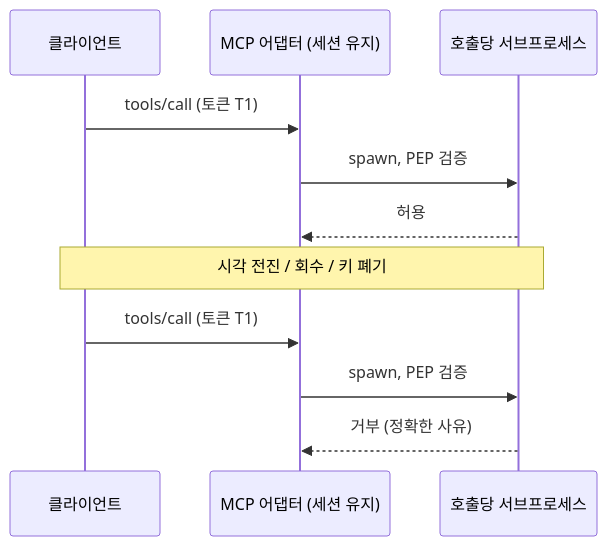
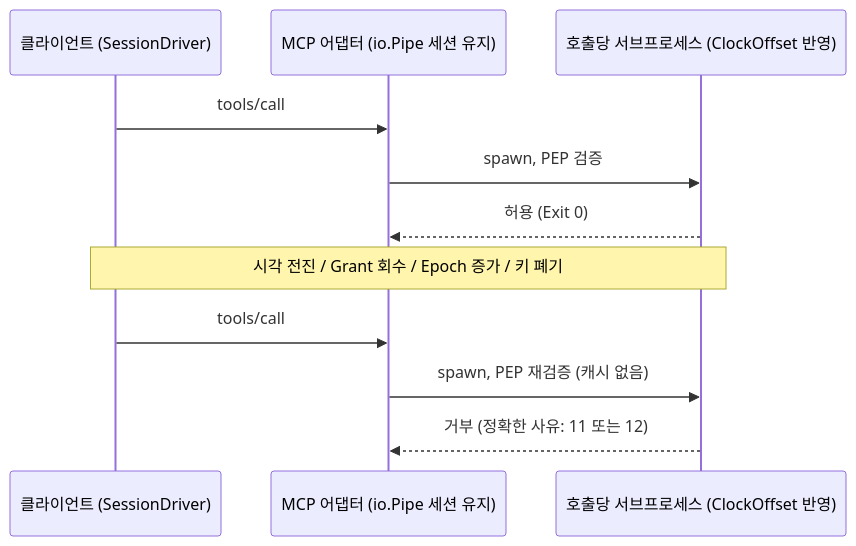
The diagram in docs/로드맵/13-장기-실행-및-토큰-수명-검증/ROADMAP.md (RadiantCitron/authz-harness), drawn with Mermaid before and after one commit. The commit also changed other lines of this file and 4 other files, not shown here.

Commit message:
docs(roadmap-13): 실제 코드 대조 기반 010~050 지시서 및 설계 5대 정합성 함정 보강

````diff
--- a/docs/로드맵/13-장기-실행-및-토큰-수명-검증/ROADMAP.md
+++ b/docs/로드맵/13-장기-실행-및-토큰-수명-검증/ROADMAP.md
@@ -18,13 +18,13 @@
 ```mermaid
 sequenceDiagram
-  participant C as 클라이언트
-  participant M as MCP 어댑터 (세션 유지)
-  participant W as 호출당 서브프로세스
-  C->>M: tools/call (토큰 T1)
+  participant C as 클라이언트 (SessionDriver)
+  participant M as MCP 어댑터 (io.Pipe 세션 유지)
+  participant W as 호출당 서브프로세스 (ClockOffset 반영)
+  C->>M: tools/call #1 (세션 토큰 T1)
   M->>W: spawn, PEP 검증
-  W-->>M: 허용
-  Note over C,W: 시각 전진 / 회수 / 키 폐기
-  C->>M: tools/call (토큰 T1)
-  M->>W: spawn, PEP 검증
-  W-->>M: 거부 (정확한 사유)
+  W-->>M: 허용 (Exit 0)
+  Note over C,W: 시각 전진 / Grant 회수 / Epoch 증가 / 키 폐기
+  C->>M: tools/call #2 (세션 토큰 T1)
+  M->>W: spawn, PEP 재검증 (캐시 없음)
+  W-->>M: 거부 (정확한 사유: 11 또는 12)
 ```
````
